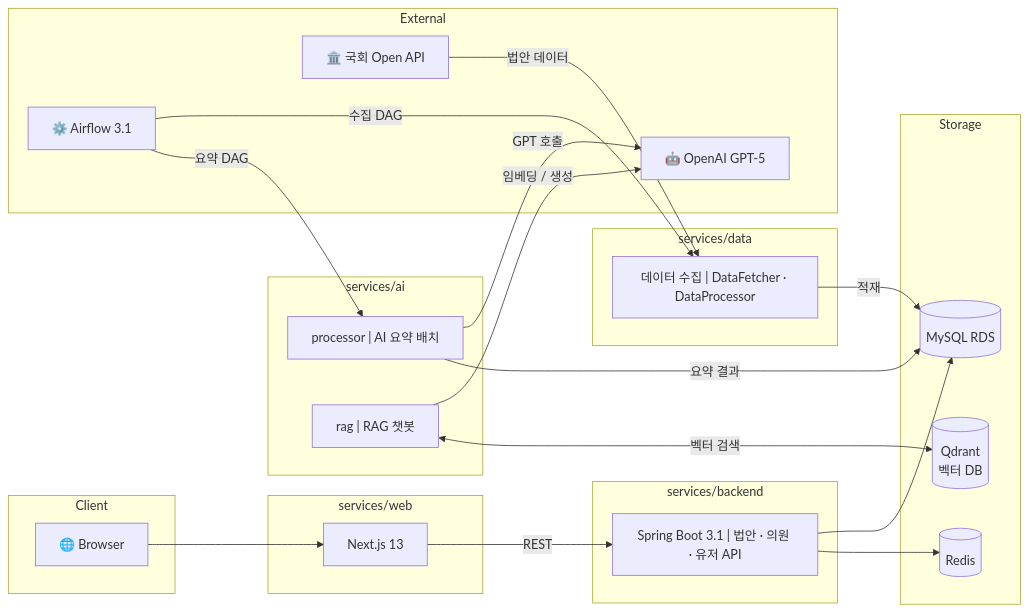
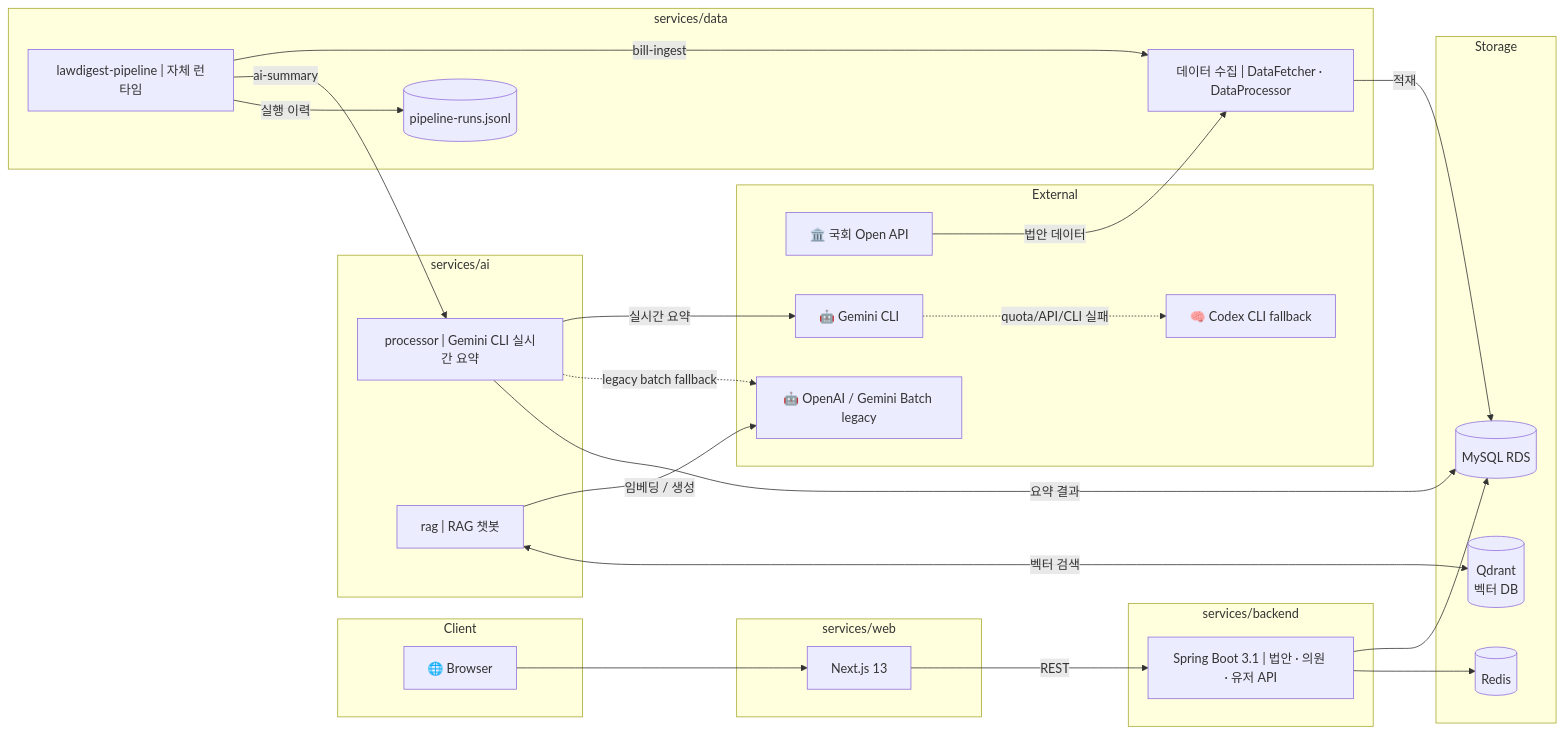
The diagram in README.md (LawDigest/LawDigest), drawn with Mermaid before and after one commit. The commit also changed other lines of this file and 6 other files, not shown here.

````diff
--- a/README.md
+++ b/README.md
@@ -68,57 +68,63 @@
 ```mermaid
 graph LR
     subgraph CLIENT["Client"]
         Browser["🌐 Browser"]
     end
 
     subgraph FRONTEND["services/web"]
         Web["Next.js 13"]
     end
 
     subgraph BACKEND["services/backend"]
         API["Spring Boot 3.1 | 법안 · 의원 · 유저 API"]
     end
 
     subgraph AI_SERVICE["services/ai"]
-        Processor["processor | AI 요약 배치"]
+        Processor["processor | Gemini CLI 실시간 요약"]
         RAG["rag | RAG 챗봇"]
     end
 
     subgraph PIPELINE["services/data"]
+        Runtime["lawdigest-pipeline | 자체 런타임"]
         Data["데이터 수집 | DataFetcher · DataProcessor"]
+        RunLog[("pipeline-runs.jsonl")]
     end
 
     subgraph STORAGE["Storage"]
         DB[("MySQL RDS")]
         Redis[("Redis")]
         Qdrant[("Qdrant\n벡터 DB")]
     end
 
     subgraph EXTERNAL["External"]
         OpenAPI["🏛️ 국회 Open API"]
-        OpenAI["🤖 OpenAI GPT-5"]
-        Airflow["⚙️ Airflow 3.1"]
+        Gemini["🤖 Gemini CLI"]
+        Codex["🧠 Codex CLI fallback"]
+        OpenAI["🤖 OpenAI / Gemini Batch legacy"]
     end
 
     %% --- 보이지 않는 연결로 수직 순서 고정 ---
     Processor ~~~ Data
     OpenAI ~~~ DB
 
     %% --- 실제 관계 정의 ---
     Browser --> Web
     Web -->|"REST"| API
     API --> DB
     API --> Redis
 
-    Airflow -->|"수집 DAG"| Data
-    Airflow -->|"요약 DAG"| Processor
+    Runtime -->|"bill-ingest"| Data
+    Runtime -->|"ai-summary"| Processor
+    Runtime -->|"실행 이력"| RunLog
 
     OpenAPI -->|"법안 데이터"| Data
 
-    Processor -->|"GPT 호출"| OpenAI
+    Processor -->|"실시간 요약"| Gemini
+    Gemini -. "quota/API/CLI 실패" .-> Codex
+    Processor -. "legacy batch fallback" .-> OpenAI
     RAG -->|"임베딩 / 생성"| OpenAI
 
     Processor -->|"요약 결과"| DB
     RAG <-->|"벡터 검색"| Qdrant
     Data -->|"적재"| DB
 ```
````
